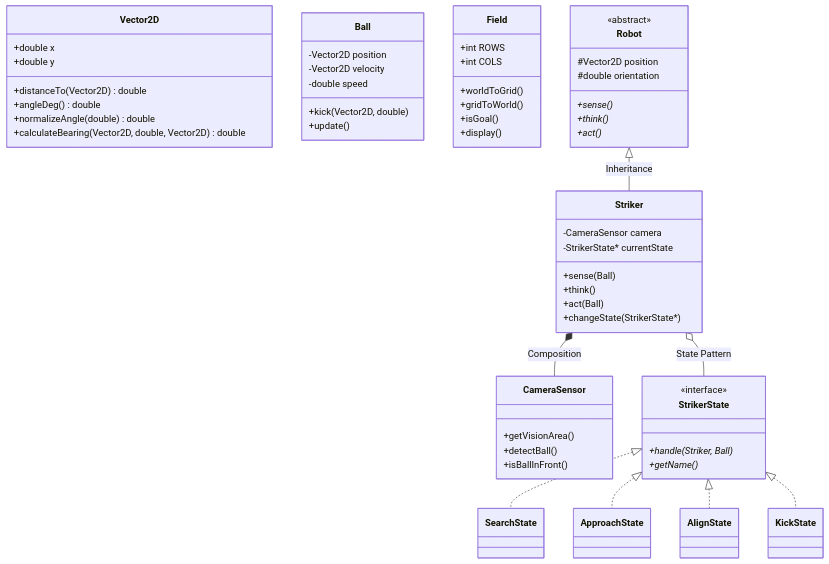
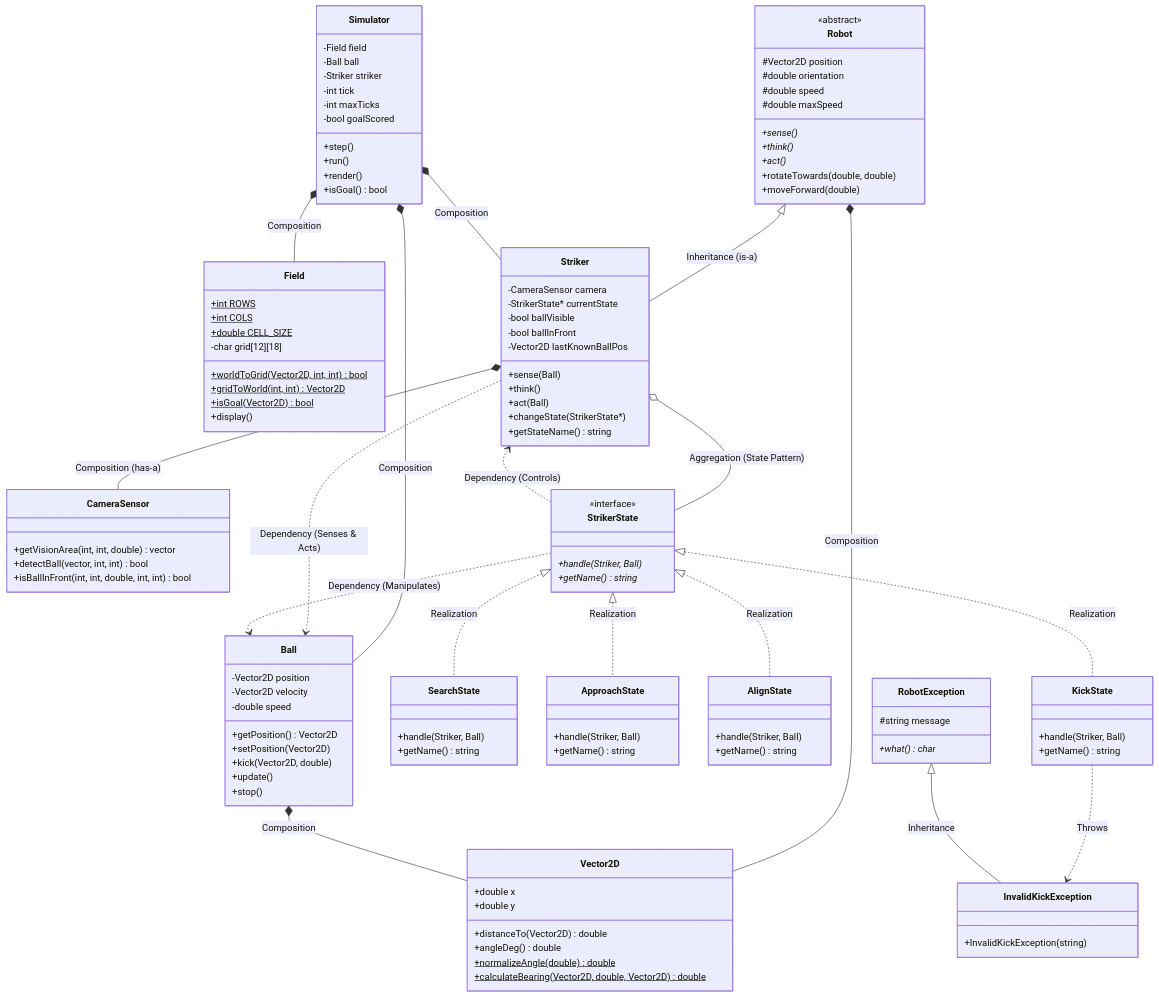
Before and after one commit to JoshNells13/intern-programming-ichiro: the second of 2 diagrams in tugasweek1/README.md, drawn with Mermaid. The commit also changed 1 other file, not shown here.

Commit message:
feat: add Field class implementation and project README documentation

````diff
--- a/tugasweek1/README.md
+++ b/tugasweek1/README.md
@@ -90,66 +90,140 @@
 ```mermaid
 classDiagram
+    direction TB
+
     class Vector2D {
         +double x
         +double y
         +distanceTo(Vector2D) double
         +angleDeg() double
-        +normalizeAngle(double) double
-        +calculateBearing(Vector2D, double, Vector2D) double
+        +normalizeAngle(double)$ double
+        +calculateBearing(Vector2D, double, Vector2D)$ double
+    }
+
+    class Field {
+        +int ROWS$
+        +int COLS$
+        +double CELL_SIZE$
+        -char grid[12][18]
+        +worldToGrid(Vector2D, int, int)$ bool
+        +gridToWorld(int, int)$ Vector2D
+        +isGoal(Vector2D)$ bool
+        +display()
     }
 
     class Ball {
         -Vector2D position
         -Vector2D velocity
         -double speed
+        +getPosition() Vector2D
+        +setPosition(Vector2D)
         +kick(Vector2D, double)
         +update()
-    }
-
-    class Field {
-        +int ROWS
-        +int COLS
-        +worldToGrid()
-        +gridToWorld()
-        +isGoal()
-        +display()
+        +stop()
     }
 
     class CameraSensor {
-        +getVisionArea()
-        +detectBall()
-        +isBallInFront()
+        +getVisionArea(int, int, double) vector
+        +detectBall(vector, int, int) bool
+        +isBallInFront(int, int, double, int, int) bool
     }
 
     class Robot {
         <<abstract>>
         #Vector2D position
         #double orientation
+        #double speed
+        #double maxSpeed
         +sense()*
         +think()*
         +act()*
+        +rotateTowards(double, double)
+        +moveForward(double)
     }
 
     class Striker {
         -CameraSensor camera
         -StrikerState* currentState
+        -bool ballVisible
+        -bool ballInFront
+        -Vector2D lastKnownBallPos
         +sense(Ball)
         +think()
         +act(Ball)
         +changeState(StrikerState*)
+        +getStateName() string
     }
 
     class StrikerState {
         <<interface>>
         +handle(Striker, Ball)*
-        +getName()*
+        +getName()* string
     }
 
-    Robot <|-- Striker : Inheritance
-    Striker *-- CameraSensor : Composition
-    Striker o-- StrikerState : State Pattern
-    StrikerState <|.. SearchState
-    StrikerState <|.. ApproachState
-    StrikerState <|.. AlignState
-    StrikerState <|.. KickState
+    class SearchState {
+        +handle(Striker, Ball)
+        +getName() string
+    }
+
+    class ApproachState {
+        +handle(Striker, Ball)
+        +getName() string
+    }
+
+    class AlignState {
+        +handle(Striker, Ball)
+        +getName() string
+    }
+
+    class KickState {
+        +handle(Striker, Ball)
+        +getName() string
+    }
+
+    class Simulator {
+        -Field field
+        -Ball ball
+        -Striker striker
+        -int tick
+        -int maxTicks
+        -bool goalScored
+        +step()
+        +run()
+        +render()
+        +isGoal() bool
+    }
+
+    class RobotException {
+        #string message
+        +what() char*
+    }
+
+    class InvalidKickException {
+        +InvalidKickException(string)
+    }
+
+    %% Hierarki & Relasi Utama
+    Robot <|-- Striker : Inheritance (is-a)
+    Robot *-- Vector2D : Composition
+    Ball *-- Vector2D : Composition
+
+    %% Komposisi Sensor & Komponen Simulator
+    Striker *-- CameraSensor : Composition (has-a)
+    Simulator *-- Field : Composition
+    Simulator *-- Ball : Composition
+    Simulator *-- Striker : Composition
+
+    %% State Pattern
+    Striker o-- StrikerState : Aggregation (State Pattern)
+    StrikerState <|.. SearchState : Realization
+    StrikerState <|.. ApproachState : Realization
+    StrikerState <|.. AlignState : Realization
+    StrikerState <|.. KickState : Realization
+
+    %% Relasi Ketergantungan (Dependency)
+    Striker ..> Ball : Dependency (Senses & Acts)
+    StrikerState ..> Striker : Dependency (Controls)
+    StrikerState ..> Ball : Dependency (Manipulates)
+    KickState ..> InvalidKickException : Throws
+    RobotException <|-- InvalidKickException : Inheritance
 ```
````
